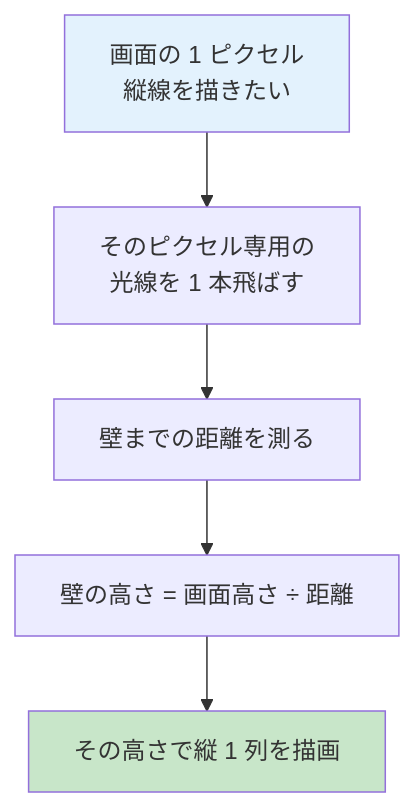
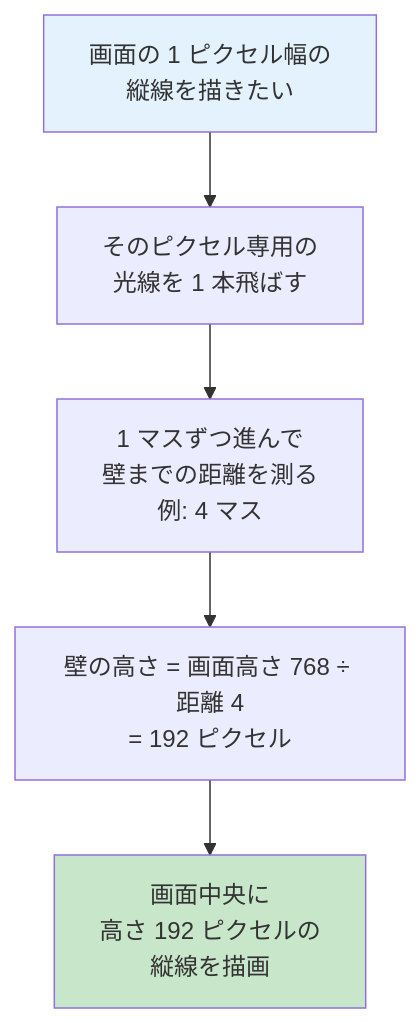
Before and after one commit to Tsunanko/cub3d-guide: the fourth of 6 diagrams in docs/03-raycasting.md, drawn with Mermaid. The commit also changed other lines of this file and 5 other files, not shown here.

````diff
--- a/docs/03-raycasting.md
+++ b/docs/03-raycasting.md
@@ -68,10 +97,10 @@
 ```mermaid
 flowchart TD
-    Start[画面の 1 ピクセル<br>縦線を描きたい] --> Ray[そのピクセル専用の<br>光線を 1 本飛ばす]
-    Ray --> Dist[壁までの距離を測る]
-    Dist --> Calc["壁の高さ = 画面高さ ÷ 距離"]
-    Calc --> Draw[その高さで縦 1 列を描画]
+    Start[画面の 1 ピクセル幅の<br>縦線を描きたい] --> Ray[そのピクセル専用の<br>光線を 1 本飛ばす]
+    Ray --> Dist[1 マスずつ進んで<br>壁までの距離を測る<br>例: 4 マス]
+    Dist --> Calc["壁の高さ = 画面高さ 768 ÷ 距離 4<br>= 192 ピクセル"]
+    Calc --> Draw[画面中央に<br>高さ 192 ピクセルの<br>縦線を描画]
 
     style Start fill:#E3F2FD
     style Draw fill:#C8E6C9
 ```
````
